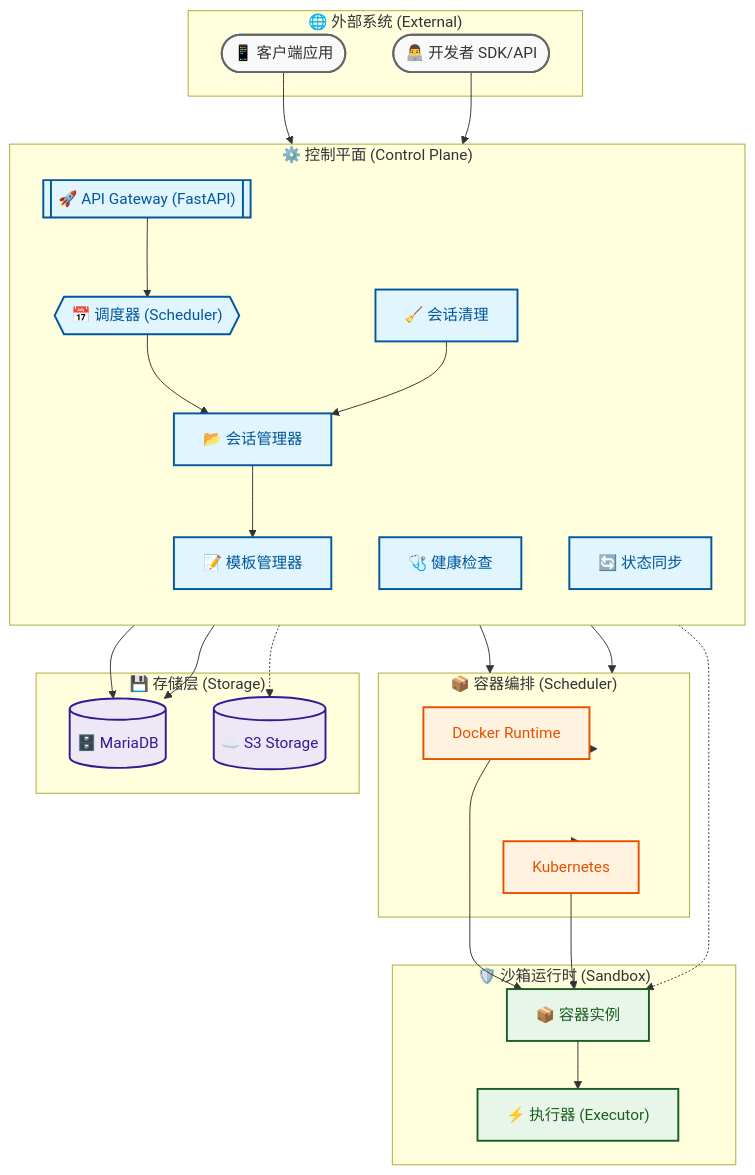
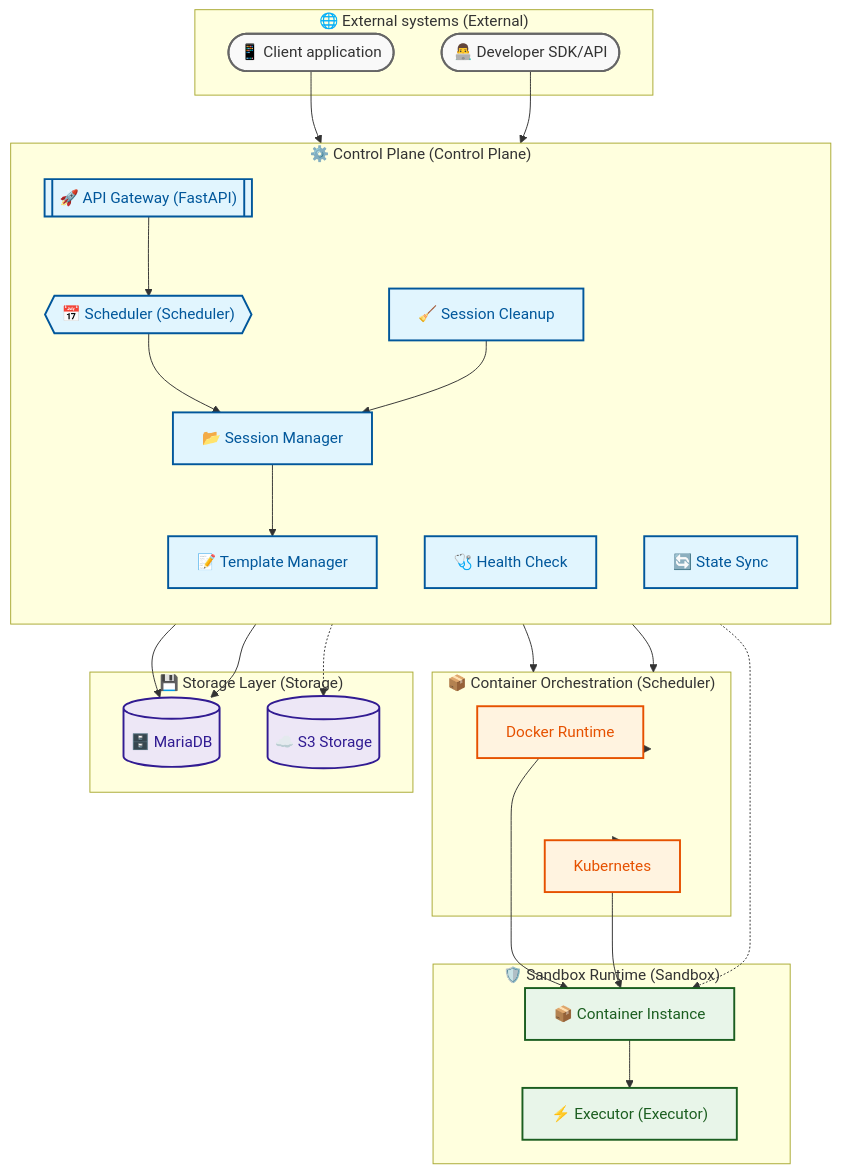
One commit to gitfortian/bkn-foundry changed the diagram in infra/sandbox/README.md. Above: the diagram before and after it, drawn with Mermaid. The commit also changed 87 other files, not shown here.

````diff
--- a/infra/sandbox/README.md
+++ b/infra/sandbox/README.md
@@ -15,62 +15,62 @@
 ```mermaid
 flowchart TD
-    %% 定义全局样式
+    %% Define global styles
     classDef external fill:#f9f9f9,stroke:#666,stroke-width:2px,color:#333;
     classDef control fill:#e1f5fe,stroke:#01579b,stroke-width:2px,color:#01579b;
     classDef scheduler fill:#fff3e0,stroke:#e65100,stroke-width:2px,color:#e65100;
     classDef storage fill:#f5f5f5,stroke:#424242,stroke-width:2px,color:#424242;
     classDef runtime fill:#e8f5e9,stroke:#1b5e20,stroke-width:2px,color:#1b5e20;
     classDef database fill:#ede7f6,stroke:#311b92,stroke-width:2px,color:#311b92;
 
-    subgraph External ["🌐 外部系统 (External)"]
-        Client(["📱 客户端应用"])
-        Developer(["👨‍💻 开发者 SDK/API"])
+    subgraph External ["🌐 External systems (External)"]
+        Client(["📱 Client application"])
+        Developer(["👨‍💻 Developer SDK/API"])
     end
 
-    subgraph ControlPlane ["⚙️ 控制平面 (Control Plane)"]
+    subgraph ControlPlane ["⚙️ Control Plane (Control Plane)"]
         direction TB
         API[["🚀 API Gateway (FastAPI)"]]
-        Scheduler{{"📅 调度器 (Scheduler)"}}
-        SessionMgr["📂 会话管理器"]
-        TemplateMgr["📝 模板管理器"]
-        HealthProbe["🩺 健康检查"]
-        Cleanup["🧹 会话清理"]
-        StateSync["🔄 状态同步"]
+        Scheduler{{"📅 Scheduler (Scheduler)"}}
+        SessionMgr["📂 Session Manager"]
+        TemplateMgr["📝 Template Manager"]
+        HealthProbe["🩺 Health Check"]
+        Cleanup["🧹 Session Cleanup"]
+        StateSync["🔄 State Sync"]
     end
 
-    subgraph ContainerScheduler ["📦 容器编排 (Scheduler)"]
+    subgraph ContainerScheduler ["📦 Container Orchestration (Scheduler)"]
         DockerRuntime["Docker Runtime"]
         K8sRuntime["Kubernetes"]
     end
 
-    subgraph Storage ["💾 存储层 (Storage)"]
+    subgraph Storage ["💾 Storage Layer (Storage)"]
         MariaDB[("🗄️ MariaDB")]
         S3[("☁️ S3 Storage")]
     end
 
-    subgraph Runtime ["🛡️ 沙箱运行时 (Sandbox)"]
-        Executor["⚡ 执行器 (Executor)"]
-        Container["📦 容器实例"]
+    subgraph Runtime ["🛡️ Sandbox Runtime (Sandbox)"]
+        Executor["⚡ Executor (Executor)"]
+        Container["📦 Container Instance"]
     end
 
-    %% 这里的连接线逻辑
+    %% Connection line logic
     Client & Developer --> API
     API --> Scheduler
     Scheduler --> SessionMgr & ContainerScheduler
     SessionMgr --> TemplateMgr & MariaDB
     ContainerScheduler --> DockerRuntime & K8sRuntime
     DockerRuntime & K8sRuntime --> Container
     Container --> Executor
     HealthProbe -.-> Container
     StateSync --> MariaDB & ContainerScheduler
     Cleanup --> SessionMgr
     API -.-> S3
 
-    %% 应用样式
+    %% Apply styles
     class Client,Developer external;
     class API,Scheduler,SessionMgr,TemplateMgr,HealthProbe,Cleanup,StateSync control;
     class DockerRuntime,K8sRuntime scheduler;
     class MariaDB,S3 database;
     class Executor,Container runtime;
 
 ```
````
